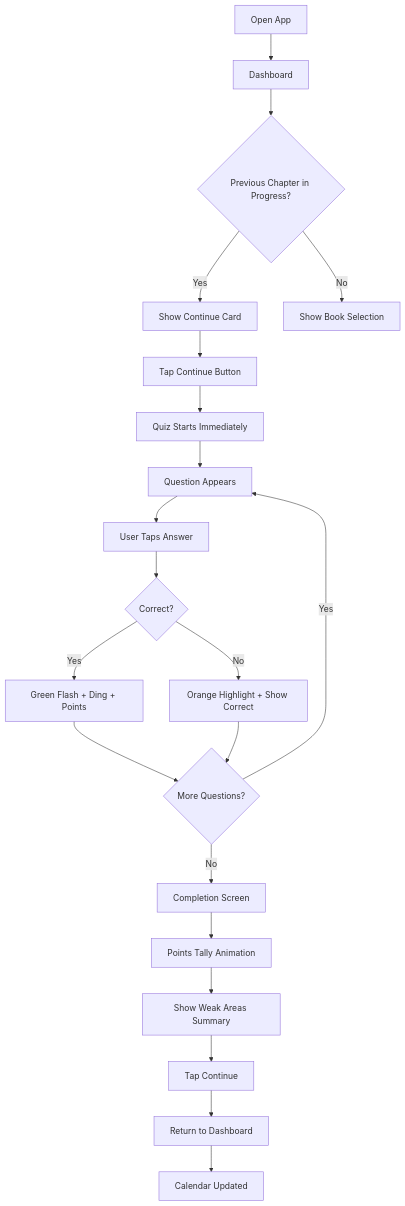
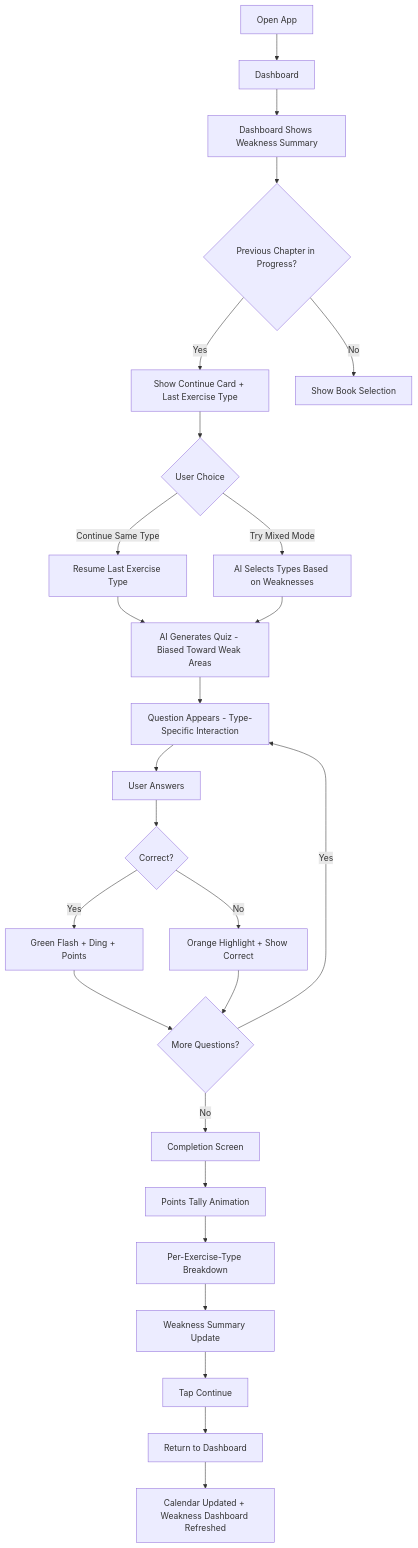
The second of 5 diagrams in _bmad-output/planning-artifacts/ux-design-specification.md (max8989/dangdai-app), drawn with Mermaid before and after one commit. The commit also changed other lines of this file, not shown here.

````diff
--- a/_bmad-output/planning-artifacts/ux-design-specification.md
+++ b/_bmad-output/planning-artifacts/ux-design-specification.md
@@ -611,23 +650,28 @@
 ```mermaid
 flowchart TD
     A[Open App] --> B[Dashboard]
-    B --> C{Previous Chapter in Progress?}
-    C -->|Yes| D[Show Continue Card]
+    B --> B1[Dashboard Shows Weakness Summary]
+    B1 --> C{Previous Chapter in Progress?}
+    C -->|Yes| D[Show Continue Card + Last Exercise Type]
     C -->|No| E[Show Book Selection]
-    D --> F[Tap Continue Button]
-    F --> G[Quiz Starts Immediately]
-    G --> H[Question Appears]
-    H --> I[User Taps Answer]
-    I --> J{Correct?}
-    J -->|Yes| K[Green Flash + Ding + Points]
-    J -->|No| L[Orange Highlight + Show Correct]
-    K --> M{More Questions?}
-    L --> M
-    M -->|Yes| H
-    M -->|No| N[Completion Screen]
-    N --> O[Points Tally Animation]
-    O --> P[Show Weak Areas Summary]
-    P --> Q[Tap Continue]
-    Q --> R[Return to Dashboard]
-    R --> S[Calendar Updated]
+    D --> F{User Choice}
+    F -->|Continue Same Type| G[Resume Last Exercise Type]
+    F -->|Try Mixed Mode| H[AI Selects Types Based on Weaknesses]
+    G --> I[AI Generates Quiz - Biased Toward Weak Areas]
+    H --> I
+    I --> J[Question Appears - Type-Specific Interaction]
+    J --> K[User Answers]
+    K --> L{Correct?}
+    L -->|Yes| M[Green Flash + Ding + Points]
+    L -->|No| N[Orange Highlight + Show Correct]
+    M --> O{More Questions?}
+    N --> O
+    O -->|Yes| J
+    O -->|No| P[Completion Screen]
+    P --> Q[Points Tally Animation]
+    Q --> R[Per-Exercise-Type Breakdown]
+    R --> S[Weakness Summary Update]
+    S --> T[Tap Continue]
+    T --> U[Return to Dashboard]
+    U --> V[Calendar Updated + Weakness Dashboard Refreshed]
 ```
````
